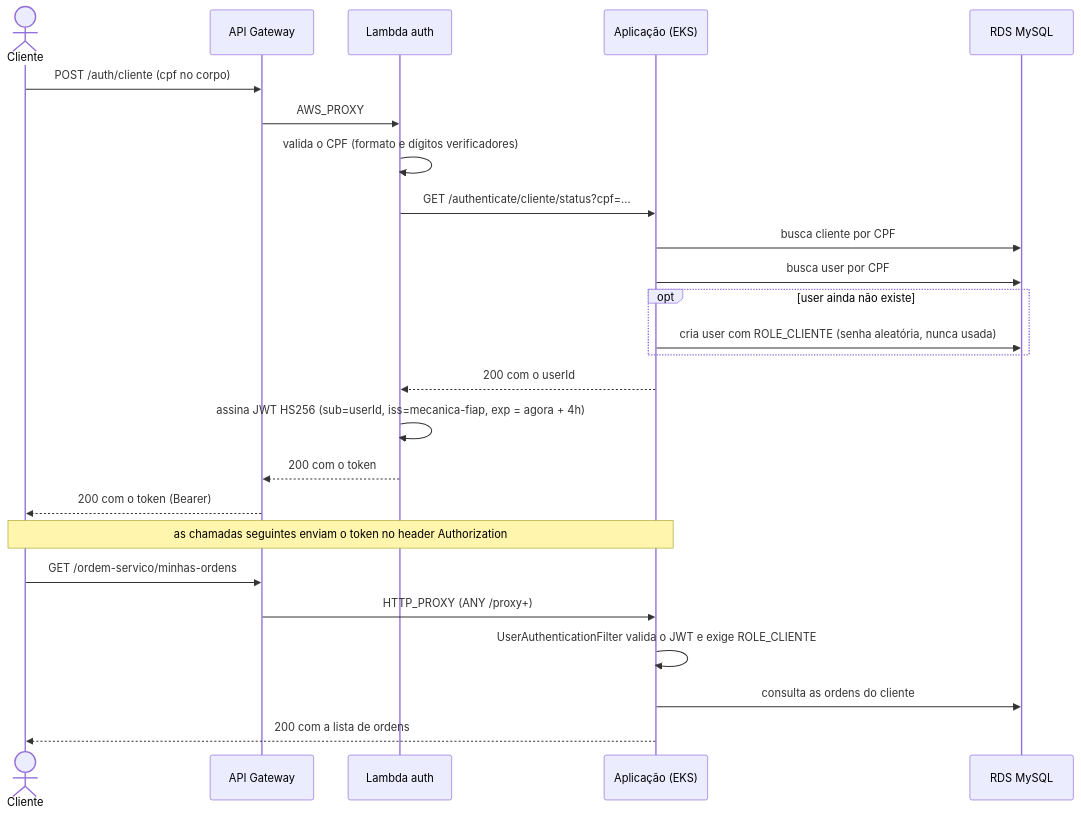
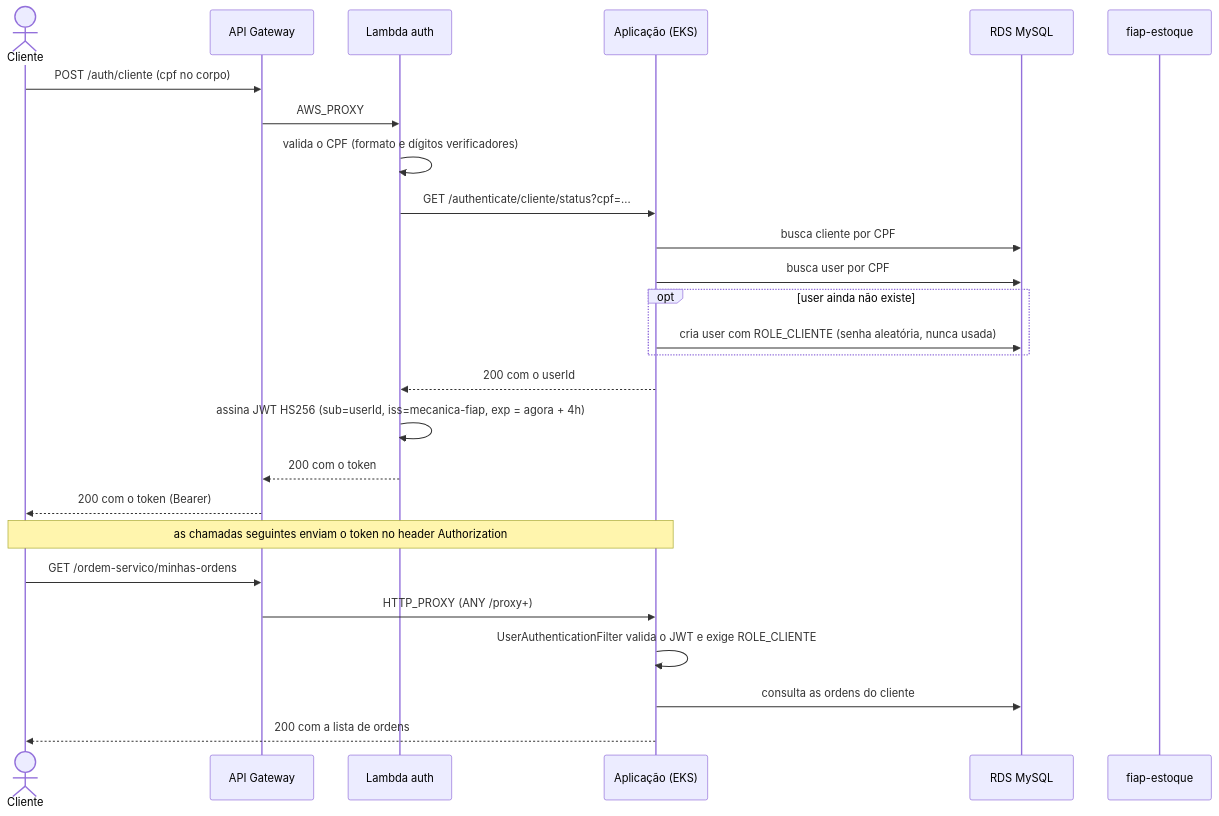
Before and after one commit to ArthurPeruzzo/fiap-mecanica: the second of 3 diagrams in docs/arquitetura.md, drawn with Mermaid. The commit also changed other lines of this file and 102 other files, not shown here.

````diff
--- a/docs/arquitetura.md
+++ b/docs/arquitetura.md
@@ -85,29 +85,30 @@
 ```mermaid
 sequenceDiagram
     actor C as Cliente
     participant GW as API Gateway
     participant L as Lambda auth
     participant APP as Aplicação (EKS)
     participant DB as RDS MySQL
+    participant EST as fiap-estoque
 
     C->>GW: POST /auth/cliente (cpf no corpo)
     GW->>L: AWS_PROXY
     L->>L: valida o CPF (formato e dígitos verificadores)
     L->>APP: GET /authenticate/cliente/status?cpf=...
     APP->>DB: busca cliente por CPF
     APP->>DB: busca user por CPF
     opt user ainda não existe
         APP->>DB: cria user com ROLE_CLIENTE (senha aleatória, nunca usada)
     end
     APP-->>L: 200 com o userId
     L->>L: assina JWT HS256 (sub=userId, iss=mecanica-fiap, exp = agora + 4h)
     L-->>GW: 200 com o token
     GW-->>C: 200 com o token (Bearer)
 
     Note over C,APP: as chamadas seguintes enviam o token no header Authorization
     C->>GW: GET /ordem-servico/minhas-ordens
     GW->>APP: HTTP_PROXY (ANY /proxy+)
     APP->>APP: UserAuthenticationFilter valida o JWT e exige ROLE_CLIENTE
     APP->>DB: consulta as ordens do cliente
     APP-->>C: 200 com a lista de ordens
 ```
````
